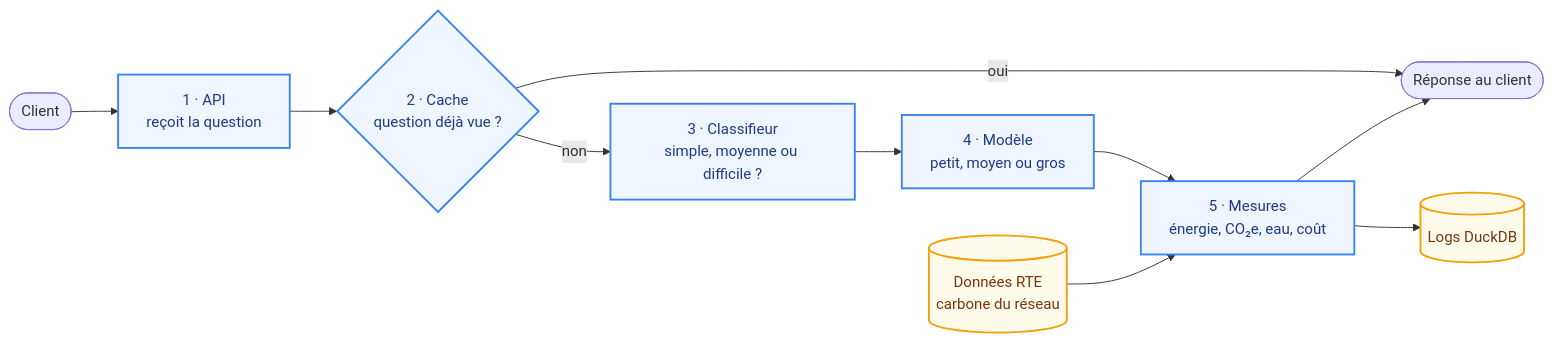
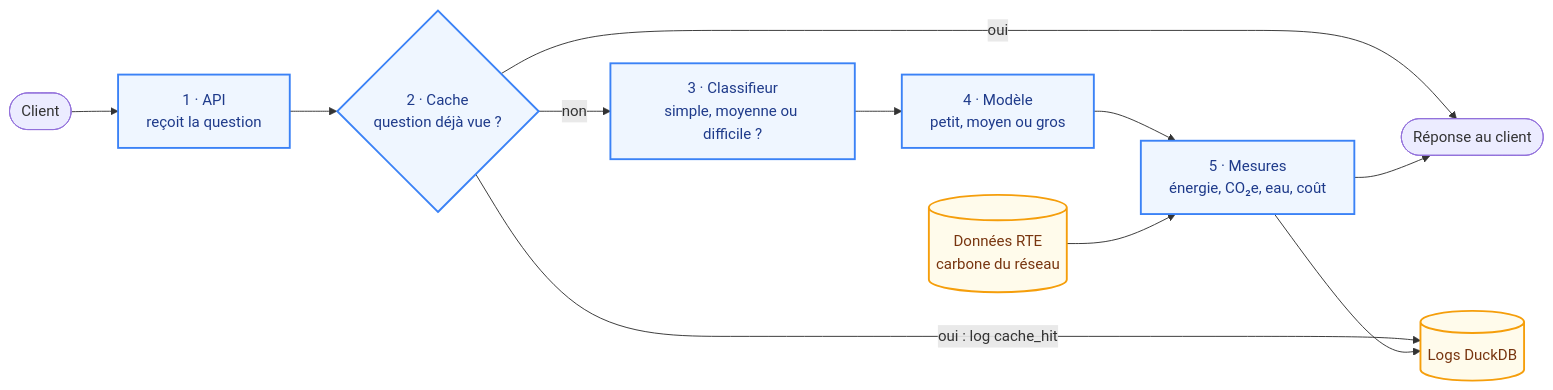
One commit to samarjelassi58/greenroute changed the diagram in docs/01_architecture.md. Above: the diagram before and after it, drawn with Mermaid. The commit also changed other lines of this file and 3 other files, not shown here.

Commit message:
architecture

````diff
--- a/docs/01_architecture.md
+++ b/docs/01_architecture.md
@@ -9,17 +9,18 @@
 ```mermaid
 flowchart LR
     C(["Client"]) --> A["1 · API<br/>reçoit la question"]
     A --> K{"2 · Cache<br/>question déjà vue ?"}
     K -->|"oui"| R(["Réponse au client"])
+    K -->|"oui : log cache_hit"| DB
     K -->|"non"| D["3 · Classifieur<br/>simple, moyenne ou difficile ?"]
     D --> M["4 · Modèle<br/>petit, moyen ou gros"]
     M --> L["5 · Mesures<br/>énergie, CO₂e, eau, coût"]
     L --> R
     L --> DB[("Logs DuckDB")]
     RTE[("Données RTE<br/>carbone du réseau")] --> L
 
     classDef pipe fill:#eff6ff,stroke:#3b82f6,stroke-width:2px,color:#1e3a8a
     classDef data fill:#fffbeb,stroke:#f59e0b,stroke-width:2px,color:#78350f
     class A,K,D,M,L pipe
     class DB,RTE data
 ```
````
